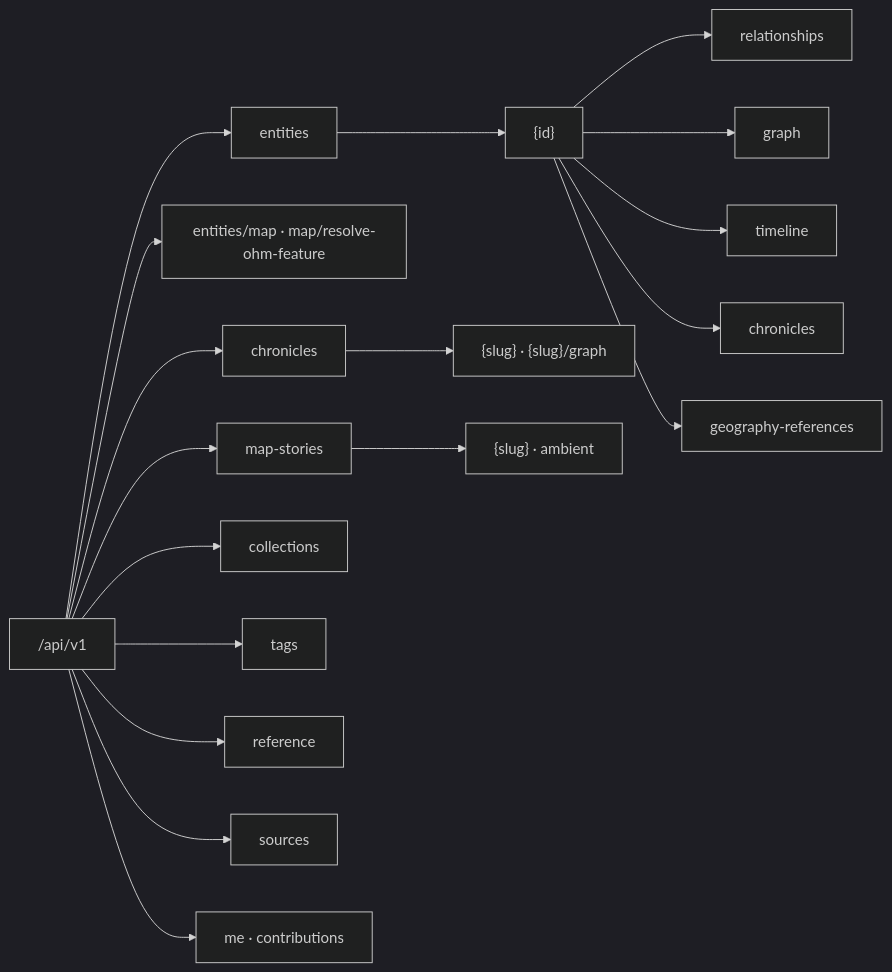
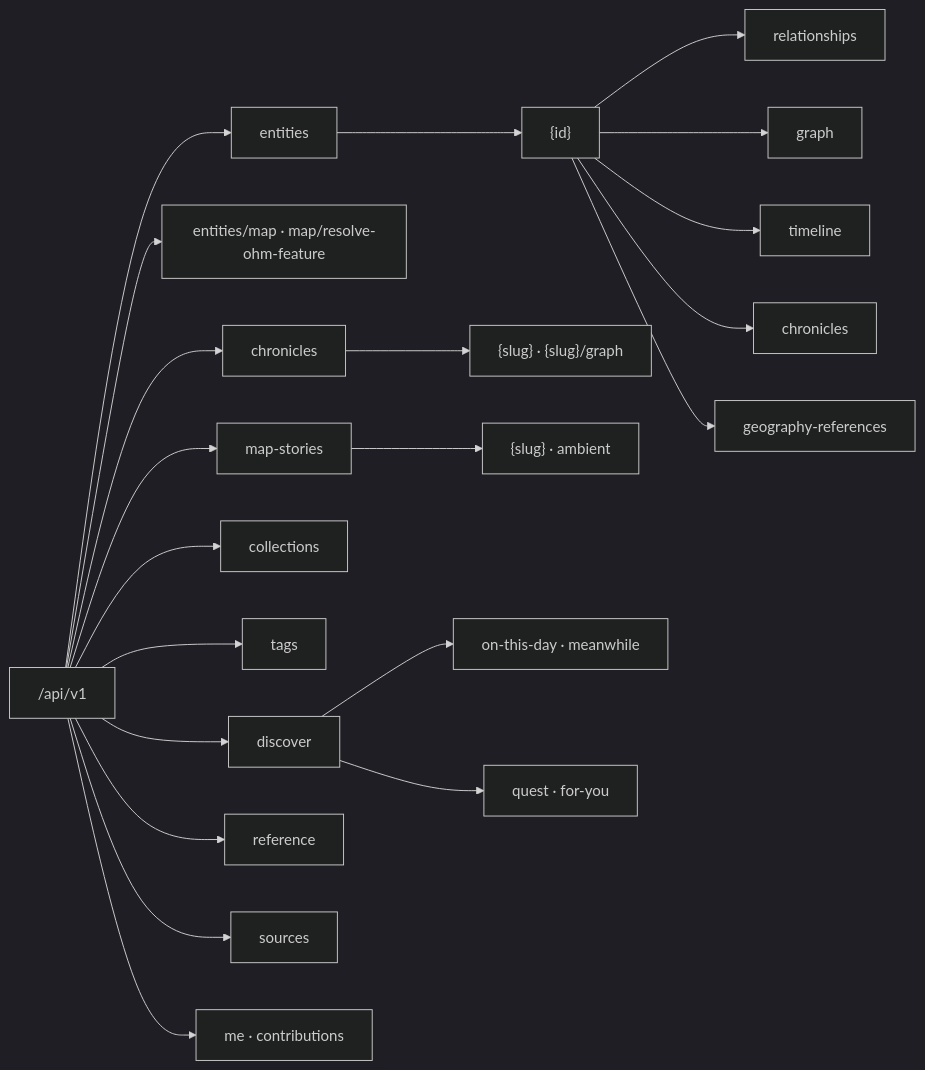
Before and after one commit to PickleSoda/history-mapped: the diagram in docs/schemas/rest-api.md, drawn with Mermaid (dark theme). The commit also changed other lines of this file and 79 other files, not shown here.

````diff
--- a/docs/schemas/rest-api.md
+++ b/docs/schemas/rest-api.md
@@ -27,20 +27,23 @@
 ```mermaid
 flowchart LR
     V1["/api/v1"] --> E[entities]
     V1 --> MP["entities/map · map/resolve-ohm-feature"]
     V1 --> C[chronicles]
     V1 --> S[map-stories]
     V1 --> CO[collections]
     V1 --> T[tags]
+    V1 --> D[discover]
     V1 --> R[reference]
     V1 --> SO[sources]
     V1 --> ME["me · contributions"]
     E --> E1["{id}"]
     E1 --> E2[relationships]
     E1 --> E3[graph]
     E1 --> E4[timeline]
     E1 --> E5[chronicles]
     E1 --> E6[geography-references]
     C --> C1["{slug} · {slug}/graph"]
     S --> S1["{slug} · ambient"]
+    D --> D1["on-this-day · meanwhile"]
+    D --> D2["quest · for-you"]
 ```
````
